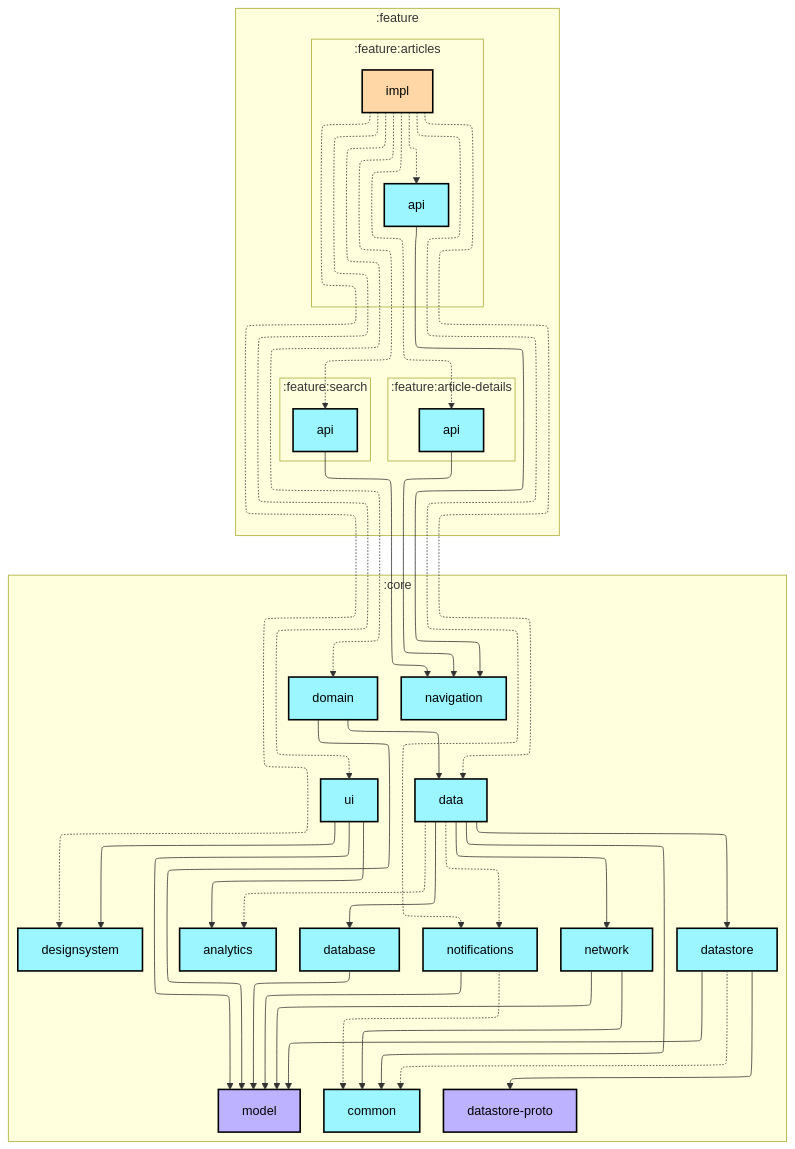
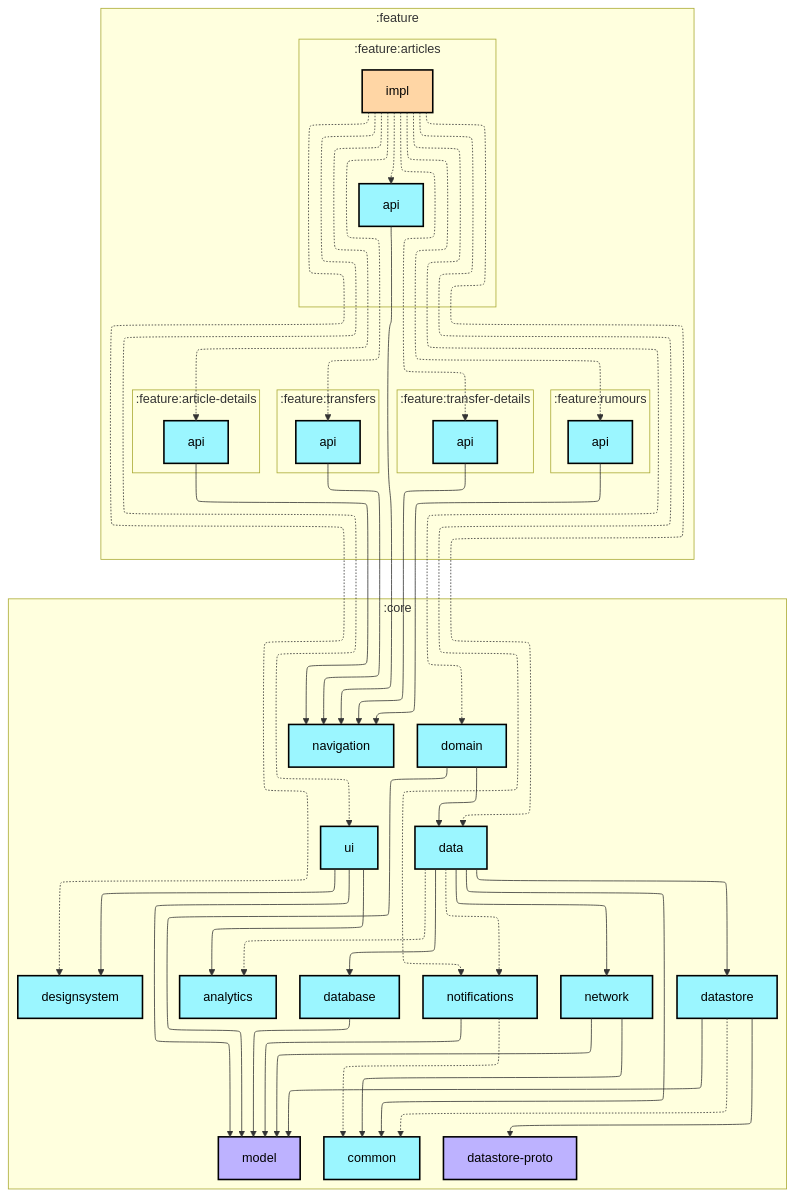
The first of 2 diagrams in feature/articles/impl/README.md (krystianchalimoniuk/nowinkitransferowe), drawn with Mermaid before and after one commit. The commit also changed 2 other files, not shown here.

Commit message:
🤖 Updates graphs

```diff
--- a/feature/articles/impl/README.md
+++ b/feature/articles/impl/README.md
@@ -22,9 +22,17 @@
       direction TB
       :feature:article-details:api[api]:::android-library
     end
-    subgraph :feature:search
+    subgraph :feature:rumours
       direction TB
-      :feature:search:api[api]:::android-library
+      :feature:rumours:api[api]:::android-library
+    end
+    subgraph :feature:transfer-details
+      direction TB
+      :feature:transfer-details:api[api]:::android-library
+    end
+    subgraph :feature:transfers
+      direction TB
+      :feature:transfers:api[api]:::android-library
     end
   end
   subgraph :core
@@ -72,8 +80,12 @@
   :feature:articles:impl -.-> :core:ui
   :feature:articles:impl -.-> :feature:article-details:api
   :feature:articles:impl -.-> :feature:articles:api
-  :feature:articles:impl -.-> :feature:search:api
-  :feature:search:api --> :core:navigation
+  :feature:articles:impl -.-> :feature:rumours:api
+  :feature:articles:impl -.-> :feature:transfer-details:api
+  :feature:articles:impl -.-> :feature:transfers:api
+  :feature:rumours:api --> :core:navigation
+  :feature:transfer-details:api --> :core:navigation
+  :feature:transfers:api --> :core:navigation
 
 classDef android-application fill:#CAFFBF,stroke:#000,stroke-width:2px,color:#000;
 classDef android-feature fill:#FFD6A5,stroke:#000,stroke-width:2px,color:#000;
```
